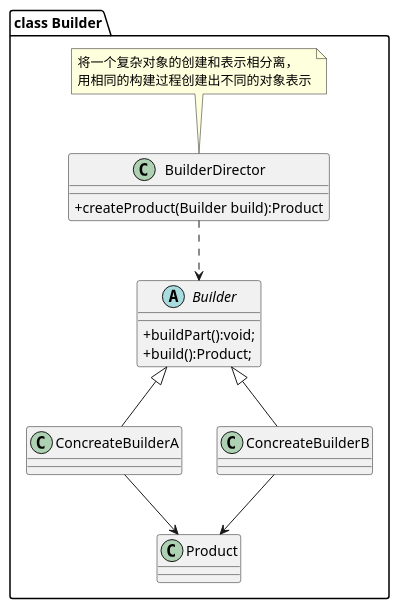
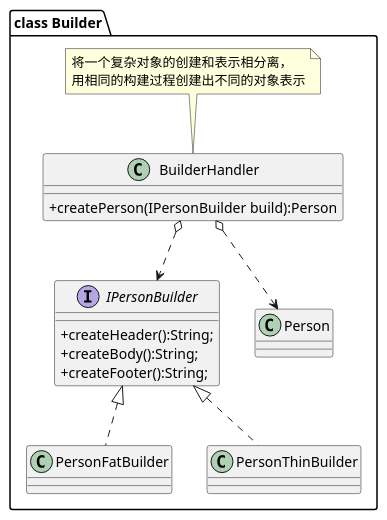
Before and after one commit to mxdldev/java-design-pattern: the diagram in lib_design_pattern/src/main/java/com/mxdl/desigin/pattern/create/a02_builder/uml/builder.puml, drawn with PlantUML. The commit also changed 159 other files, not shown here.

```diff
--- a/lib_design_pattern/src/main/java/com/mxdl/desigin/pattern/create/a02_builder/uml/builder.puml
+++ b/lib_design_pattern/src/main/java/com/mxdl/desigin/pattern/create/a02_builder/uml/builder.puml
@@ -1,21 +1,20 @@
 @startuml
 skinparam classAttributeIconSize 0
 package "class Builder"{
-    abstract class Builder{
-        + buildPart():void;
-        + build():Product;
+    interface IPersonBuilder{
+            +createHeader():String;
+            +createBody():String;
+            +createFooter():String;
     }
-    class ConcreateBuilderA extends Builder
-    class ConcreateBuilderB extends Builder
-    class Product
-    ConcreateBuilderA --> Product
-    ConcreateBuilderB --> Product
+    class PersonFatBuilder implements IPersonBuilder
+    class PersonThinBuilder implements IPersonBuilder
 
-    class BuilderDirector{
-        + createProduct(Builder build):Product
+    class BuilderHandler{
+        +createPerson(IPersonBuilder build):Person
     }
     note top:将一个复杂对象的创建和表示相分离，\n用相同的构建过程创建出不同的对象表示
-    BuilderDirector -.> Builder
+    BuilderHandler o-.>IPersonBuilder
+    BuilderHandler o-.>Person
 
 }
 @enduml
```
